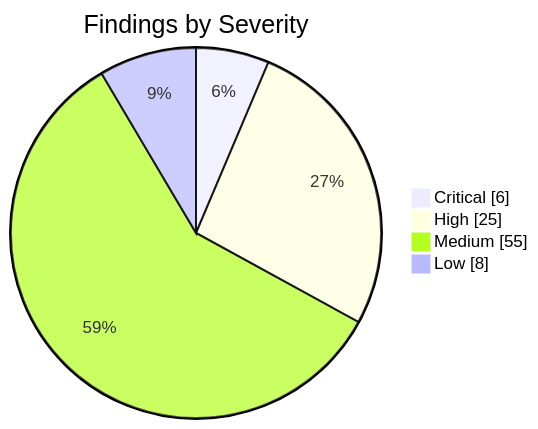
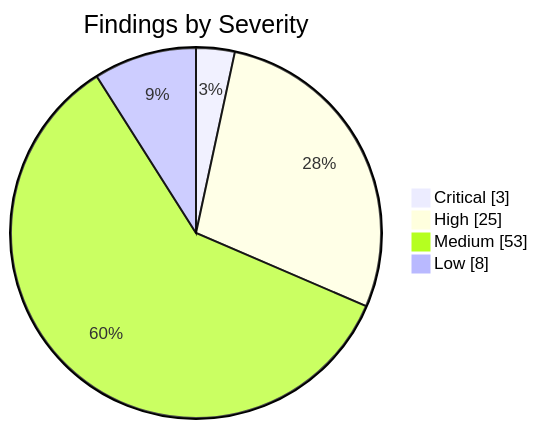
One commit to KBVE/kbve changed the first of 2 diagrams in apps/kbve/astro-kbve/src/content/docs/dashboard/security.mdx. Above: the diagram before and after it, drawn with Mermaid. The commit also changed other lines of this file and 1 other file, not shown here.

````diff
--- a/apps/kbve/astro-kbve/src/content/docs/dashboard/security.mdx
+++ b/apps/kbve/astro-kbve/src/content/docs/dashboard/security.mdx
@@ -62,8 +62,8 @@
 ```mermaid
 pie showData
     title Findings by Severity
-    "Critical" : 6
+    "Critical" : 3
     "High" : 25
-    "Medium" : 55
+    "Medium" : 53
     "Low" : 8
 ```
````
